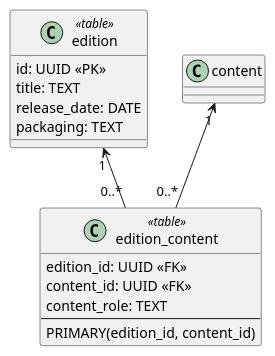
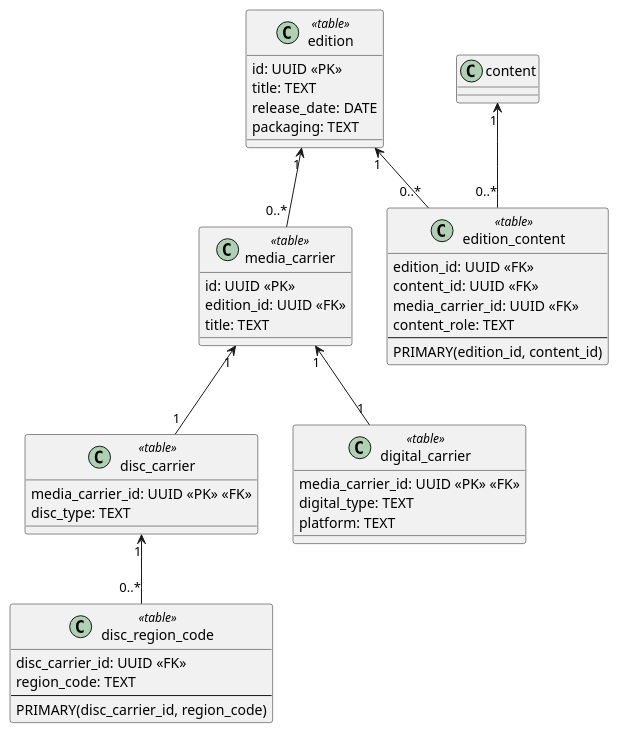
The diagram in docs/uml/data/edition.data.puml (yantue/colleq), drawn with PlantUML before and after one commit. The commit also changed 2 other files, not shown here.

```diff
--- a/docs/uml/data/edition.data.puml
+++ b/docs/uml/data/edition.data.puml
@@ -1,26 +1,57 @@
 @startuml
 skinparam classAttributeIconSize 0
 
 class edition <<table>> {
     id: UUID <<PK>>
     title: TEXT
     release_date: DATE
     packaging: TEXT
 }
 
+class media_carrier <<table>> {
+    id: UUID <<PK>>
+    edition_id: UUID <<FK>>
+    title: TEXT
+}
+
+edition "1" <-- "0..*" media_carrier
+
+class disc_carrier <<table>> {
+    media_carrier_id: UUID <<PK>> <<FK>>
+    disc_type: TEXT
+}
+
+media_carrier "1" <-- "1" disc_carrier
+
+class disc_region_code <<table>> {
+    disc_carrier_id: UUID <<FK>>
+    region_code: TEXT
+    --
+    PRIMARY(disc_carrier_id, region_code)
+}
+
+disc_carrier "1" <-- "0..*" disc_region_code
+
+class digital_carrier <<table>> {
+    media_carrier_id: UUID <<PK>> <<FK>>
+    digital_type: TEXT
+    platform: TEXT
+}
+
+media_carrier "1" <-- "1" digital_carrier
+
 class edition_content <<table>> {
     edition_id: UUID <<FK>>
     content_id: UUID <<FK>>
+    media_carrier_id: UUID <<FK>>
     content_role: TEXT
     --
     PRIMARY(edition_id, content_id)
 }
 
 edition "1" <-- "0..*" edition_content
 
-' TODO: carrier and region codes, mediaworks
-
 ' ===== CROSS-AGGREGATE REFERENCE =====
 content "1" <-- "0..*" edition_content
 
 @enduml
```
